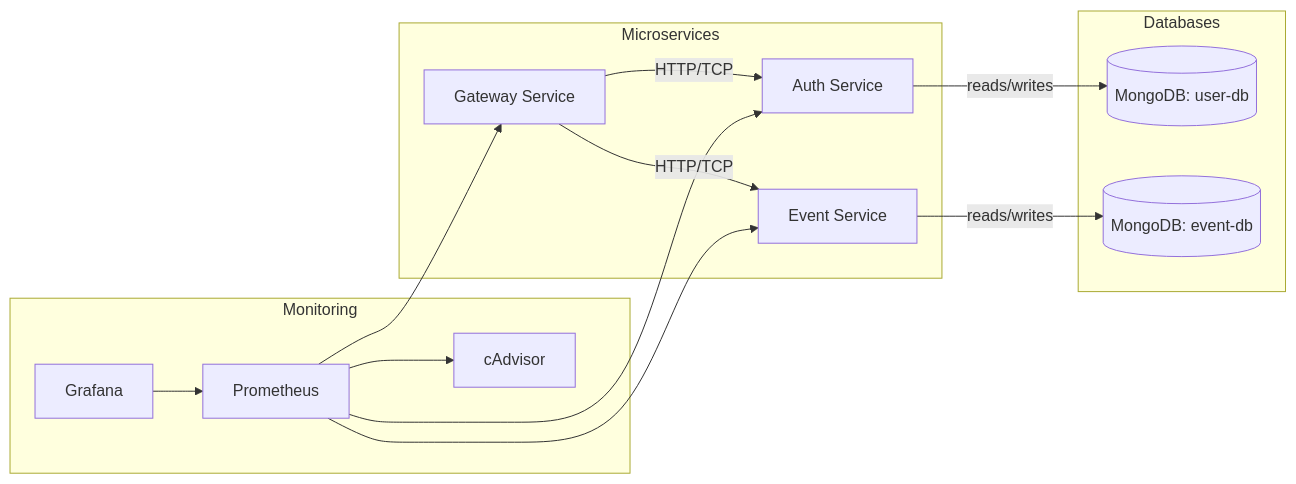
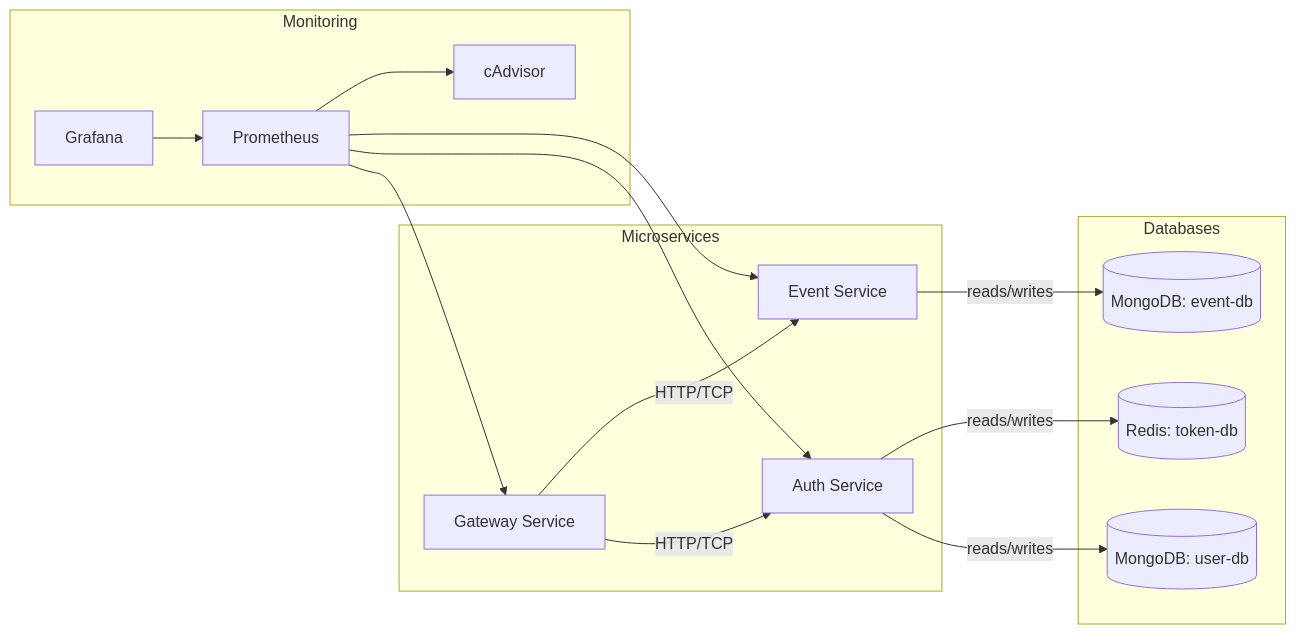
The diagram in docs/tech-spec.md (heozeop/event-server), drawn with Mermaid before and after one commit. The commit also changed other lines of this file, not shown here.

Commit message:
docs(tech-spec): integrate Redis for access token management, update architecture diagrams, and enhance token handling details in the authentication section

````diff
--- a/docs/tech-spec.md
+++ b/docs/tech-spec.md
@@ -19,30 +19,32 @@
 ```mermaid
 graph LR
   subgraph "Microservices"
     GW[Gateway Service]
     AU[Auth Service]
     EV[Event Service]
   end
 
   subgraph "Databases"
     UDB[(MongoDB: user-db)]
     EDB[(MongoDB: event-db)]
+    RDB[(Redis: token-db)]
   end
 
   subgraph "Monitoring"
     PROM[Prometheus]
     GRAF[Grafana]
     CAD[cAdvisor]
   end
 
   GW -->|HTTP/TCP| AU
   GW -->|HTTP/TCP| EV
   AU -->|reads/writes| UDB
+  AU -->|reads/writes| RDB
   EV -->|reads/writes| EDB
   
   PROM --> GW
   PROM --> AU
   PROM --> EV
   PROM --> CAD
   GRAF --> PROM
 ```
````
